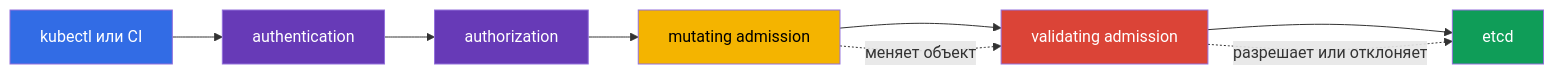
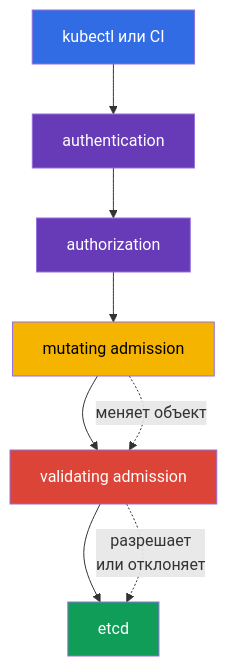
Before and after one commit to ViktorUJ/cks: the second of 2 diagrams in tasks/kcsa/course/17/ru.md, drawn with Mermaid. The commit also changed other lines of this file and 60 other files, not shown here.

````diff
--- a/tasks/kcsa/course/17/ru.md
+++ b/tasks/kcsa/course/17/ru.md
@@ -102,16 +102,16 @@
 ```mermaid
-flowchart LR
+flowchart TB
     client["kubectl или CI"] --> authn["authentication"]
     authn --> authz["authorization"]
     authz --> mutate["mutating admission"]
     mutate --> validate["validating admission"]
     validate --> etcd["etcd"]
     mutate -. "меняет объект" .-> validate
-    validate -. "разрешает или отклоняет" .-> etcd
+    validate -. "разрешает<br/>или отклоняет" .-> etcd
     style client fill:#326ce5,color:#fff
     style authn fill:#673ab7,color:#fff
     style authz fill:#673ab7,color:#fff
     style mutate fill:#f4b400,color:#000
     style validate fill:#db4437,color:#fff
     style etcd fill:#0f9d58,color:#fff
 ```
````
